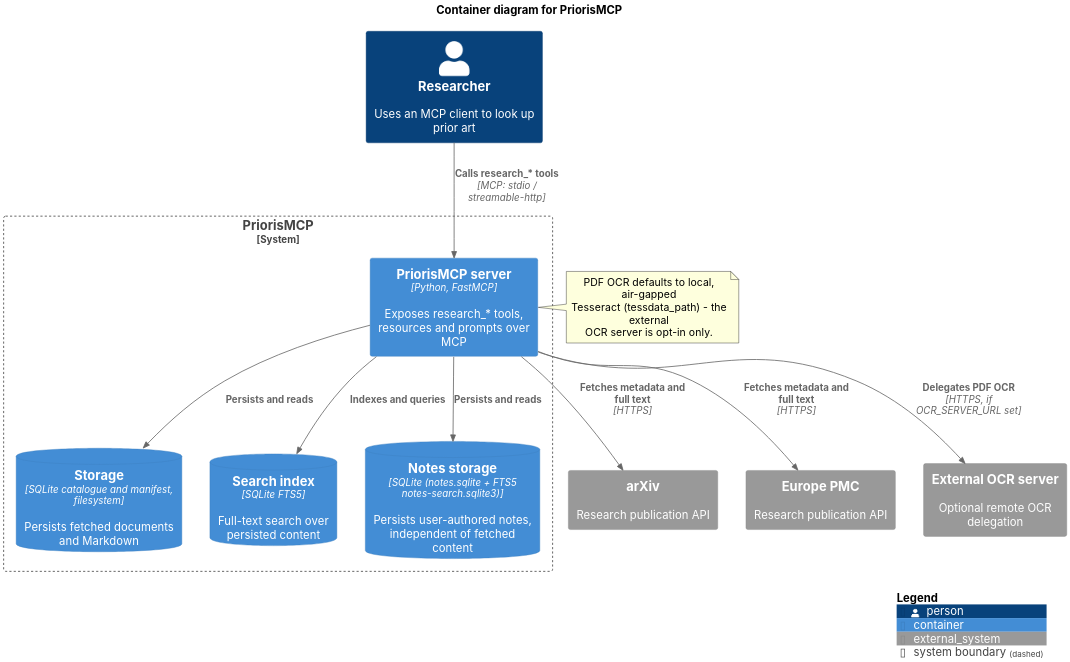
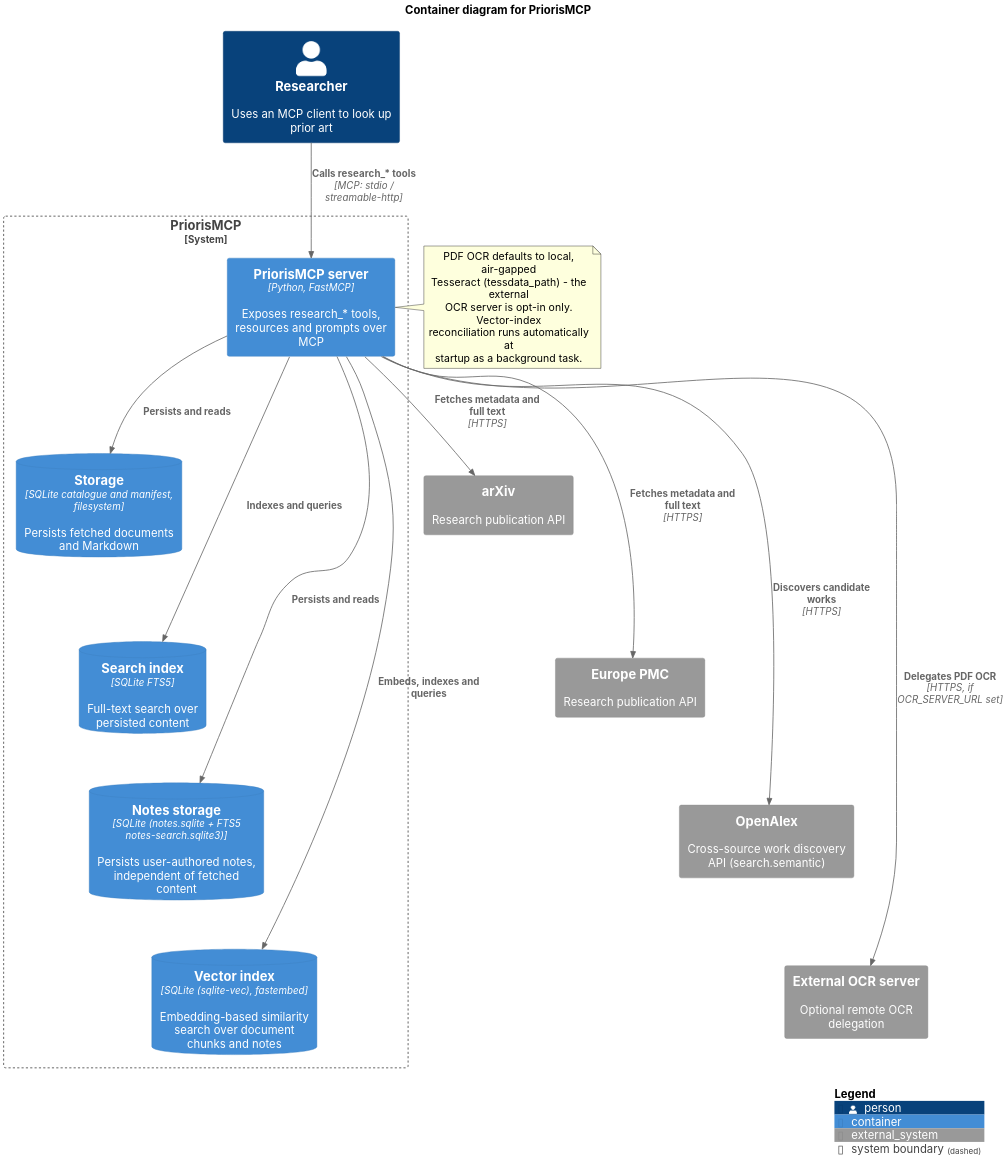
One commit to anirbanbasu/prioris-mcp changed the diagram in diagrams/system-architecture-overview-c4.puml. Above: the diagram before and after it, drawn with PlantUML. The commit also changed 109 other files, not shown here.

First line of the commit message:
Add vector search, notes, and OpenAlex discovery (#37)

```diff
--- a/diagrams/system-architecture-overview-c4.puml
+++ b/diagrams/system-architecture-overview-c4.puml
@@ -1,38 +1,53 @@
 @startuml system-architecture-overview-c4
 !include <C4/C4_Container>
 
 skinparam defaultFontName "Inter"
 skinparam dpi 250
 
 title Container diagram for PriorisMCP
 
+LAYOUT_TOP_DOWN()
+
 Person(researcher, "Researcher", "Uses an MCP client to look up prior art")
 
 System_Boundary(c1, "PriorisMCP") {
     Container(server, "PriorisMCP server", "Python, FastMCP", "Exposes research_* tools, resources and prompts over MCP")
     ContainerDb(storage, "Storage", "SQLite catalogue and manifest, filesystem", "Persists fetched documents and Markdown")
     ContainerDb(search, "Search index", "SQLite FTS5", "Full-text search over persisted content")
     ContainerDb(notes, "Notes storage", "SQLite (notes.sqlite + FTS5 notes-search.sqlite3)", "Persists user-authored notes, independent of fetched content")
+    ContainerDb(vectors, "Vector index", "SQLite (sqlite-vec), fastembed", "Embedding-based similarity search over document chunks and notes")
+    Lay_D(server, storage)
+    Lay_D(storage, search)
+    Lay_D(search, notes)
+    Lay_D(notes, vectors)
 }
 
 System_Ext(arxiv, "arXiv", "Research publication API")
 System_Ext(europepmc, "Europe PMC", "Research publication API")
+System_Ext(openalex, "OpenAlex", "Cross-source work discovery API (search.semantic)")
 System_Ext(ocr, "External OCR server", "Optional remote OCR delegation")
+Lay_D(arxiv, europepmc)
+Lay_D(europepmc, openalex)
+Lay_D(openalex, ocr)
 
 Rel(researcher, server, "Calls research_* tools", "MCP: stdio / streamable-http")
 Rel(server, arxiv, "Fetches metadata and full text", "HTTPS")
 Rel(server, europepmc, "Fetches metadata and full text", "HTTPS")
+Rel(server, openalex, "Discovers candidate works", "HTTPS")
 Rel(server, ocr, "Delegates PDF OCR", "HTTPS, if OCR_SERVER_URL set")
 Rel(server, storage, "Persists and reads")
 Rel(server, search, "Indexes and queries")
 Rel(server, notes, "Persists and reads")
+Rel(server, vectors, "Embeds, indexes and queries")
 
 note right of server
   PDF OCR defaults to local, air-gapped
   Tesseract (tessdata_path) - the external
-  OCR server is opt-in only.
+  OCR server is opt-in only. Vector-index
+  reconciliation runs automatically at
+  startup as a background task.
 end note
 
 SHOW_LEGEND()
 
 @enduml
```
